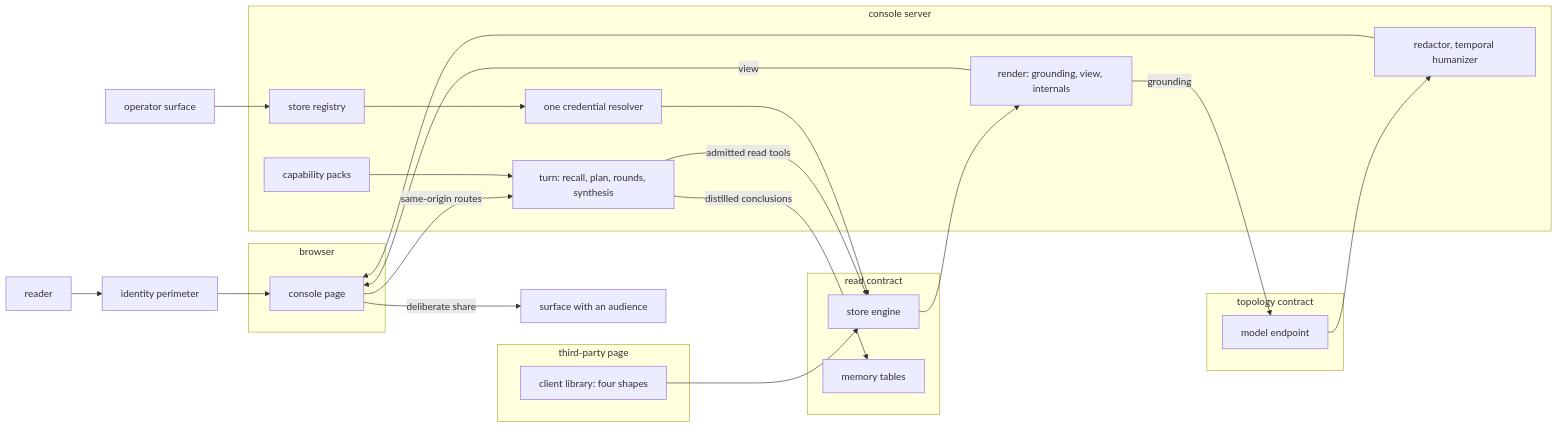
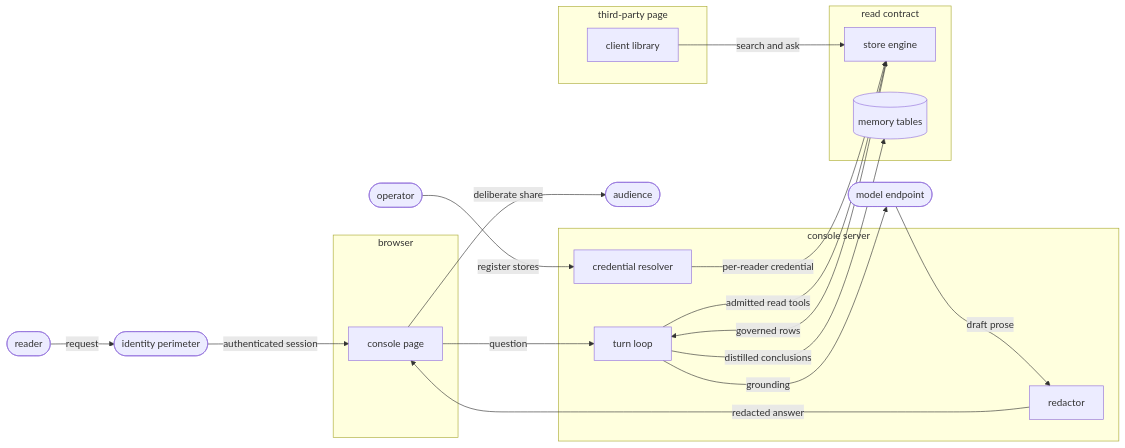
Before and after one commit to fractalboxdev/contextful: the first of 5 diagrams in spec/71-console.md, drawn with Mermaid. The commit also changed other lines of this file and 31 other files, not shown here.

First line of the commit message:
spec: every diagram draws things as nodes and what flows as labelled edges

````diff
--- a/spec/71-console.md
+++ b/spec/71-console.md
@@ -28,40 +28,31 @@
 ```mermaid
 flowchart LR
-  RD["reader"] --> PER["identity perimeter"]
+  RD(["reader"]) -->|"request"| PER(["identity perimeter"])
+  PER -->|"authenticated session"| PAGE
+  OPS(["operator"]) -->|"register stores"| CRED
   subgraph browser["browser"]
     PAGE["console page"]
   end
-  PER --> PAGE
   subgraph server["console server"]
-    REGY["store registry"]
-    CRED["one credential resolver"]
-    PACKS["capability packs"]
-    TURN["turn: recall, plan, rounds, synthesis"]
-    CH["render: grounding, view, internals"]
-    RED["redactor, temporal humanizer"]
+    CRED["credential resolver"]
+    TURN["turn loop"]
+    RED["redactor"]
   end
   subgraph read["read contract"]
     STORE["store engine"]
-    MEM["memory tables"]
-  end
-  subgraph topology["topology contract"]
-    MODEL["model endpoint"]
+    MEM[("memory tables")]
   end
   subgraph thirdparty["third-party page"]
-    LIB["client library: four shapes"]
+    LIB["client library"]
   end
-  PAGE -- "same-origin routes" --> TURN
-  REGY --> CRED
-  PACKS --> TURN
-  TURN -- "admitted read tools" --> STORE
-  CRED --> STORE
-  STORE --> CH
-  CH -- "grounding" --> MODEL
-  MODEL --> RED
-  RED --> PAGE
-  CH -- "view" --> PAGE
-  TURN -- "distilled conclusions" --> MEM
-  LIB --> STORE
-  OPS["operator surface"] --> REGY
-  PAGE -- "deliberate share" --> AUD["surface with an audience"]
+  PAGE -->|"question"| TURN
+  CRED -->|"per-reader credential"| STORE
+  TURN -->|"admitted read tools"| STORE
+  STORE -->|"governed rows"| TURN
+  TURN -->|"grounding"| MODEL(["model endpoint"])
+  MODEL -->|"draft prose"| RED
+  RED -->|"redacted answer"| PAGE
+  TURN -->|"distilled conclusions"| MEM
+  LIB -->|"search and ask"| STORE
+  PAGE -->|"deliberate share"| AUD(["audience"])
 ```
````
